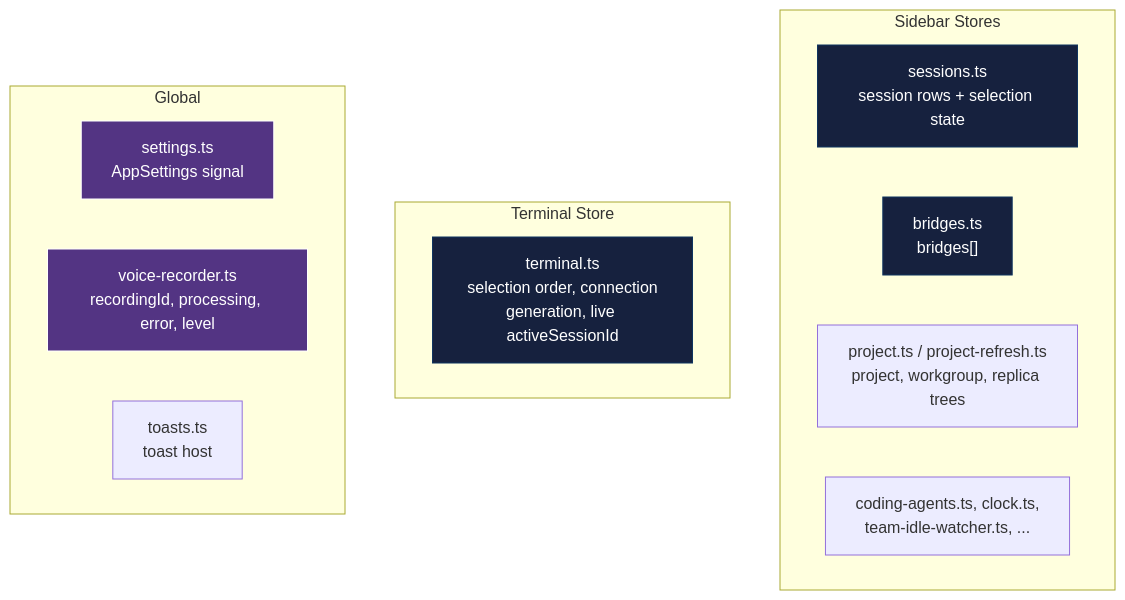
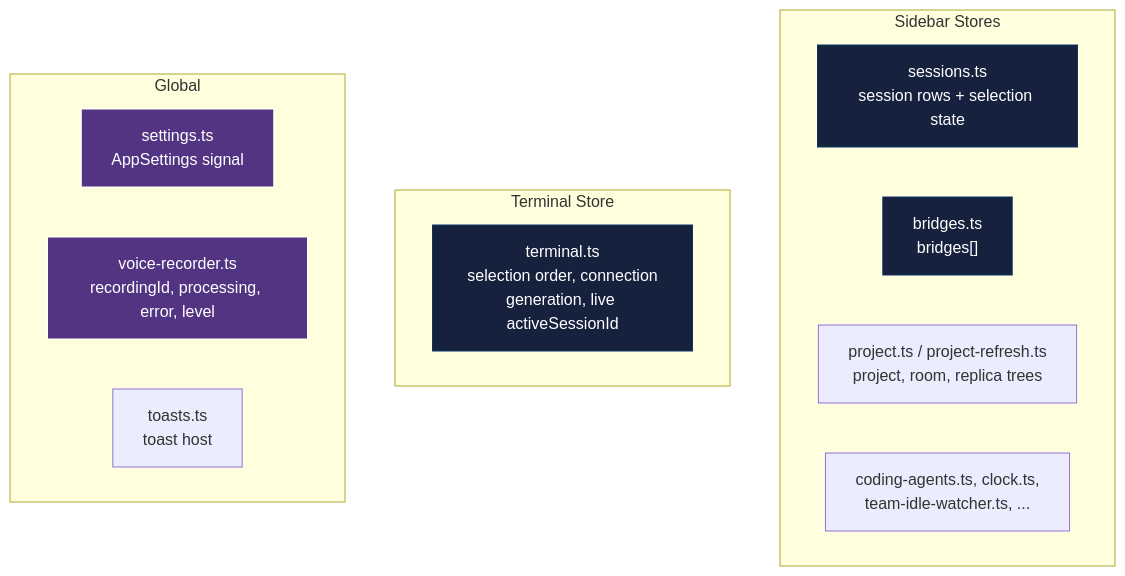
One commit to mblua/AgentsCommander changed diagram 12 of 14 in docs/reference/architecture.md. Above: the diagram before and after it, drawn with Mermaid. The commit also changed other lines of this file and 72 other files, not shown here.

````diff
--- a/docs/reference/architecture.md
+++ b/docs/reference/architecture.md
@@ -611,25 +611,25 @@
 ```mermaid
 graph TD
     subgraph "Sidebar Stores"
         SS["sessions.ts<br/>session rows + selection state"]
         BS["bridges.ts<br/>bridges[]"]
-        PS["project.ts / project-refresh.ts<br/>project, workgroup, replica trees"]
+        PS["project.ts / project-refresh.ts<br/>project, room, replica trees"]
         CS["coding-agents.ts, clock.ts,<br/>team-idle-watcher.ts, ..."]
     end
 
     subgraph "Terminal Store"
         TS["terminal.ts<br/>selection order, connection<br/>generation, live activeSessionId"]
     end
 
     subgraph "Global"
         GS["settings.ts<br/>AppSettings signal"]
         VR["voice-recorder.ts<br/>recordingId, processing, error, level"]
         TST["toasts.ts<br/>toast host"]
     end
 
     style SS fill:#16213e,stroke:#0f3460,color:#fff
     style BS fill:#16213e,stroke:#0f3460,color:#fff
     style TS fill:#16213e,stroke:#0f3460,color:#fff
     style GS fill:#533483,stroke:#fff,color:#fff
     style VR fill:#533483,stroke:#fff,color:#fff
 ```
````
